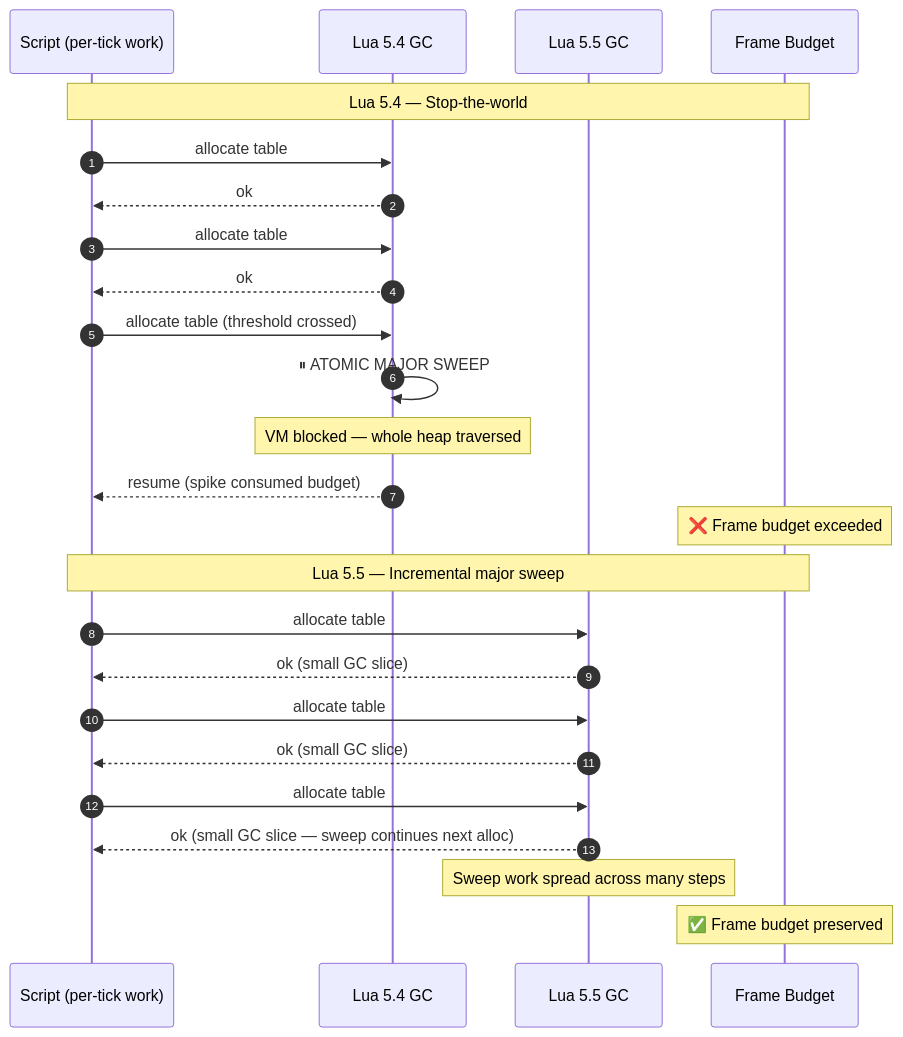
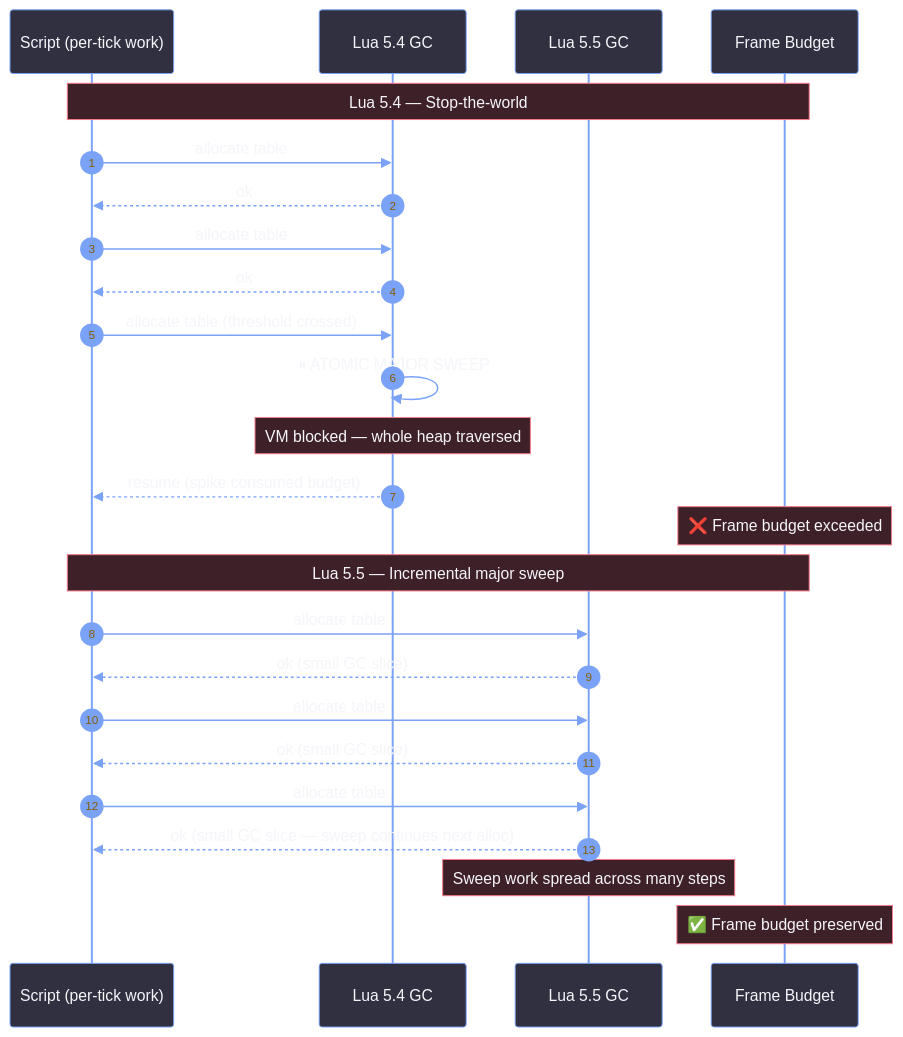
Before and after one commit to Astin-A/the-workshop: the second of 7 diagrams in content/Engine shit/O3DE/Atomic/8 Lua 5.5.1.md, drawn with Mermaid. The commit also changed other lines of this file and 24 other files, not shown here.

````diff
--- a/content/Engine shit/O3DE/Atomic/8 Lua 5.5.1.md
+++ b/content/Engine shit/O3DE/Atomic/8 Lua 5.5.1.md
@@ -68,29 +68,50 @@
 ```mermaid
+%%{init: {'theme':'base','themeVariables': {
+  'primaryColor':'#303040',
+  'primaryTextColor':'#f5f5fa',
+  'primaryBorderColor':'#7aa2f7',
+  'lineColor':'#7aa2f7',
+  'secondaryColor':'#341660',
+  'tertiaryColor':'#1e3f2e',
+  'actorBkg':'#303040',
+  'actorBorder':'#7aa2f7',
+  'actorTextColor':'#f5f5fa',
+  'signalColor':'#7aa2f7',
+  'signalTextColor':'#f5f5fa',
+  'labelBoxBkgColor':'#341660',
+  'labelBoxBorderColor':'#d8b4fe',
+  'labelTextColor':'#f5f5fa',
+  'noteBkgColor':'#3e2028',
+  'noteBorderColor':'#f77a8a',
+  'noteTextColor':'#f5f5fa',
+  'activationBorderColor':'#7aa2f7',
+  'activationBkgColor':'#1e3244'
+}}}%%
 sequenceDiagram
     autonumber
     participant S as Script (per-tick work)
     participant GC54 as Lua 5.4 GC
     participant GC55 as Lua 5.5 GC
     participant F as Frame Budget
 
     Note over S,F: Lua 5.4 — Stop-the-world
     S->>GC54: allocate table
     GC54-->>S: ok
     S->>GC54: allocate table
     GC54-->>S: ok
     S->>GC54: allocate table (threshold crossed)
     GC54->>GC54: ⏸ ATOMIC MAJOR SWEEP
     Note over GC54: VM blocked — whole heap traversed
     GC54-->>S: resume (spike consumed budget)
     Note over F: ❌ Frame budget exceeded
 
     Note over S,F: Lua 5.5 — Incremental major sweep
     S->>GC55: allocate table
     GC55-->>S: ok (small GC slice)
     S->>GC55: allocate table
     GC55-->>S: ok (small GC slice)
     S->>GC55: allocate table
     GC55-->>S: ok (small GC slice — sweep continues next alloc)
     Note over GC55: Sweep work spread across many steps
     Note over F: ✅ Frame budget preserved
 ```
````
